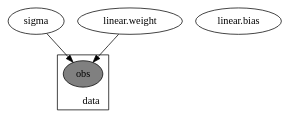
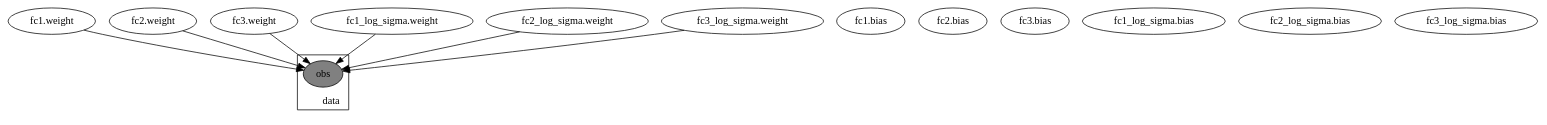
One commit to craigiedon/PyTorch-YOLOv3-kitti changed the diagram in pyroExperiments/Digraph.gv. Above: the diagram before and after it, drawn with Graphviz. The commit also changed 15048 other files, not shown here.

```diff
--- a/pyroExperiments/Digraph.gv
+++ b/pyroExperiments/Digraph.gv
@@ -1,11 +1,24 @@
 digraph {
-	sigma [label=sigma fillcolor=white shape=ellipse style=filled]
-	"linear.weight" [label="linear.weight" fillcolor=white shape=ellipse style=filled]
-	"linear.bias" [label="linear.bias" fillcolor=white shape=ellipse style=filled]
+	"fc1.weight" [label="fc1.weight" fillcolor=white shape=ellipse style=filled]
+	"fc1.bias" [label="fc1.bias" fillcolor=white shape=ellipse style=filled]
+	"fc2.weight" [label="fc2.weight" fillcolor=white shape=ellipse style=filled]
+	"fc2.bias" [label="fc2.bias" fillcolor=white shape=ellipse style=filled]
+	"fc3.weight" [label="fc3.weight" fillcolor=white shape=ellipse style=filled]
+	"fc3.bias" [label="fc3.bias" fillcolor=white shape=ellipse style=filled]
+	"fc1_log_sigma.weight" [label="fc1_log_sigma.weight" fillcolor=white shape=ellipse style=filled]
+	"fc1_log_sigma.bias" [label="fc1_log_sigma.bias" fillcolor=white shape=ellipse style=filled]
+	"fc2_log_sigma.weight" [label="fc2_log_sigma.weight" fillcolor=white shape=ellipse style=filled]
+	"fc2_log_sigma.bias" [label="fc2_log_sigma.bias" fillcolor=white shape=ellipse style=filled]
+	"fc3_log_sigma.weight" [label="fc3_log_sigma.weight" fillcolor=white shape=ellipse style=filled]
+	"fc3_log_sigma.bias" [label="fc3_log_sigma.bias" fillcolor=white shape=ellipse style=filled]
 	subgraph cluster_data {
 		label=data labeljust=r labelloc=b
 		obs [label=obs fillcolor=grey shape=ellipse style=filled]
 	}
-	"linear.weight" -> obs
-	sigma -> obs
+	"fc3.weight" -> obs
+	"fc2_log_sigma.weight" -> obs
+	"fc1_log_sigma.weight" -> obs
+	"fc1.weight" -> obs
+	"fc2.weight" -> obs
+	"fc3_log_sigma.weight" -> obs
 }
```
